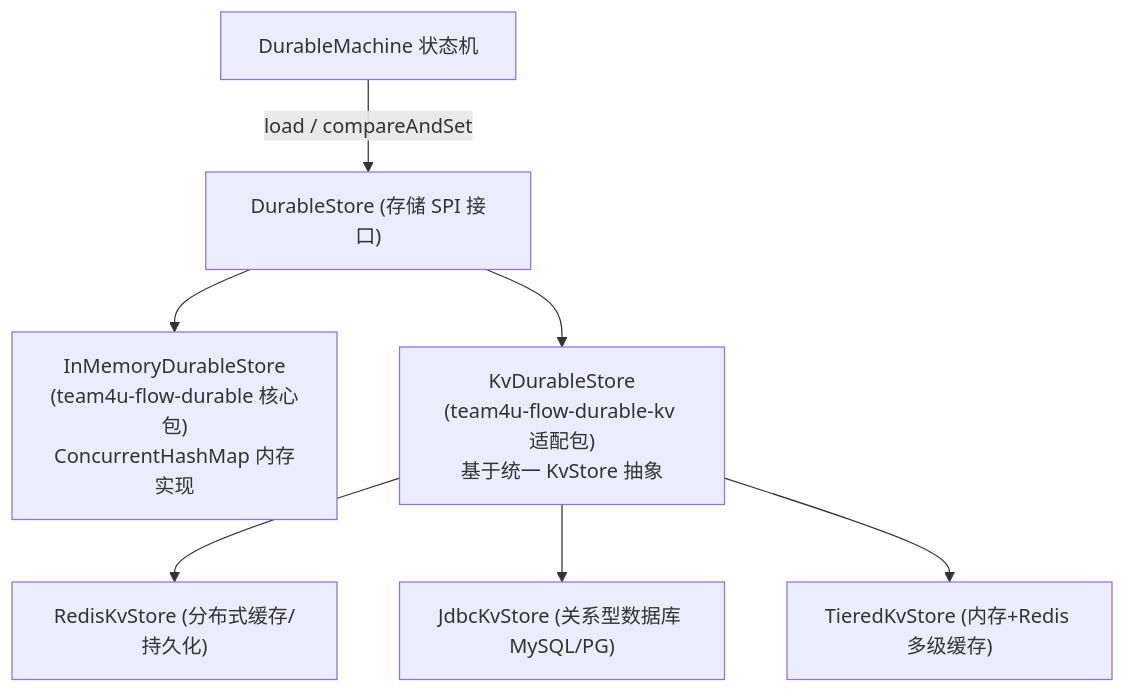
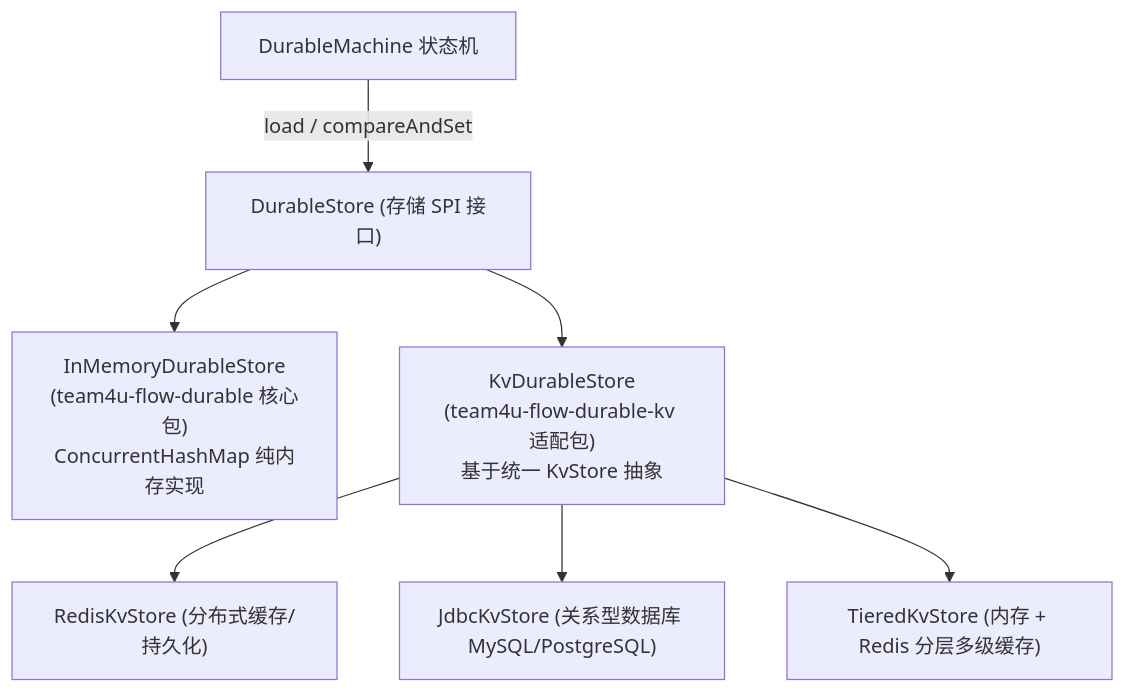
The diagram in docs/flow/flow-durable-kv.md (team4u/team4u-framework), drawn with Mermaid before and after one commit. The commit also changed other lines of this file and 21 other files, not shown here.

Commit message:
docs(flow): deepen technical documentation across core, governance, durable, and testing

````diff
--- a/docs/flow/flow-durable-kv.md
+++ b/docs/flow/flow-durable-kv.md
@@ -11,11 +11,11 @@
 ```mermaid
 graph TD
     D["DurableMachine 状态机"] -->|"load / compareAndSet"| SPI["DurableStore (存储 SPI 接口)"]
     
-    SPI --> M["InMemoryDurableStore<br/>(team4u-flow-durable 核心包)<br/>ConcurrentHashMap 内存实现"]
+    SPI --> M["InMemoryDurableStore<br/>(team4u-flow-durable 核心包)<br/>ConcurrentHashMap 纯内存实现"]
     SPI --> K["KvDurableStore<br/>(team4u-flow-durable-kv 适配包)<br/>基于统一 KvStore 抽象"]
     
     K --> KV_REDIS["RedisKvStore (分布式缓存/持久化)"]
-    K --> KV_JDBC["JdbcKvStore (关系型数据库 MySQL/PG)"]
-    K --> KV_TIERED["TieredKvStore (内存+Redis 多级缓存)"]
+    K --> KV_JDBC["JdbcKvStore (关系型数据库 MySQL/PostgreSQL)"]
+    K --> KV_TIERED["TieredKvStore (内存 + Redis 分层多级缓存)"]
 ```
````
